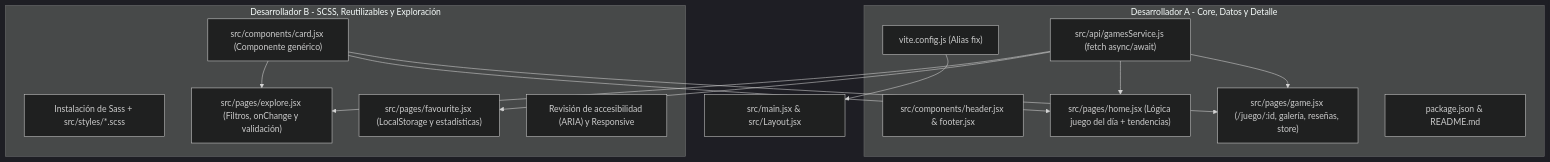
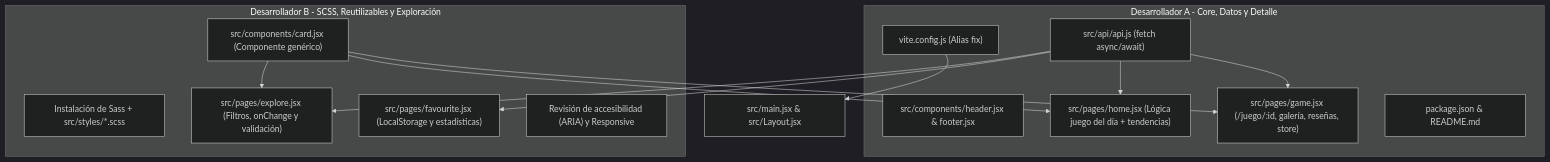
The first of 2 diagrams in segunda-entrega/PLAN_DE_TRABAJO.md (Greg-07-svg/proyecto2026-Carosanti-Miranda), drawn with Mermaid (dark theme) before and after one commit. The commit also changed other lines of this file and 2 other files, not shown here.

````diff
--- a/segunda-entrega/PLAN_DE_TRABAJO.md
+++ b/segunda-entrega/PLAN_DE_TRABAJO.md
@@ -71,28 +61,28 @@
 ```mermaid
 graph TD
     subgraph Dev A [Desarrollador A - Core, Datos y Detalle]
         A1["vite.config.js (Alias fix)"]
-        A2["src/api/gamesService.js (fetch async/await)"]
+        A2["src/api/api.js (fetch async/await)"]
         A3["src/components/header.jsx & footer.jsx"]
         A4["src/pages/home.jsx (Lógica juego del día + tendencias)"]
         A5["src/pages/game.jsx (/juego/:id, galería, reseñas, store)"]
         A6["package.json & README.md"]
     end
 
     subgraph Dev B [Desarrollador B - SCSS, Reutilizables y Exploración]
         B1["Instalación de Sass + src/styles/*.scss"]
         B2["src/components/card.jsx (Componente genérico)"]
         B3["src/pages/explore.jsx (Filtros, onChange y validación)"]
         B4["src/pages/favourite.jsx (LocalStorage y estadísticas)"]
         B5["Revisión de accesibilidad (ARIA) y Responsive"]
     end
 
     A1 --> Shared["src/main.jsx & src/Layout.jsx"]
     B2 --> A4
     B2 --> A5
     B2 --> B3
     A2 --> A4
     A2 --> A5
     A2 --> B3
     A2 --> B4
 ```
````
